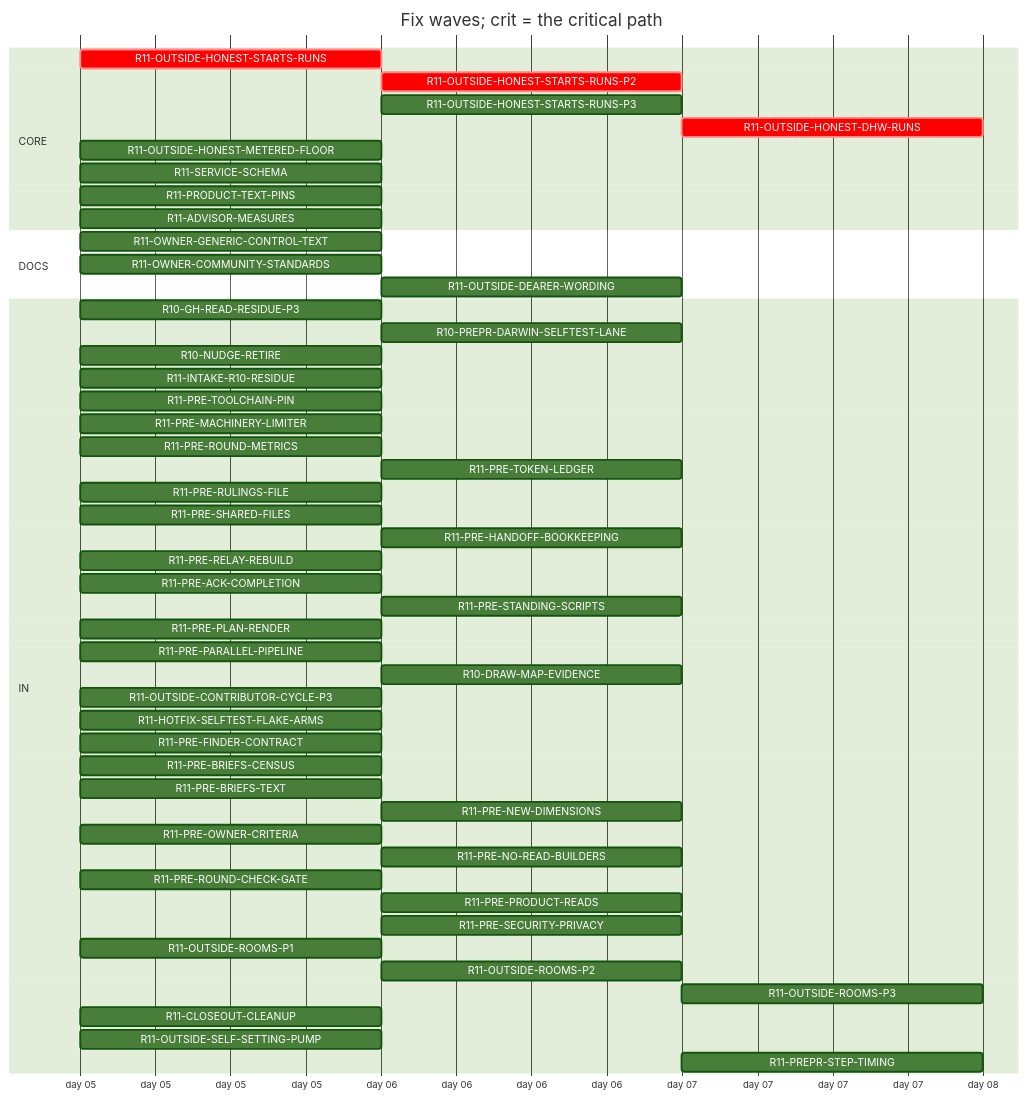
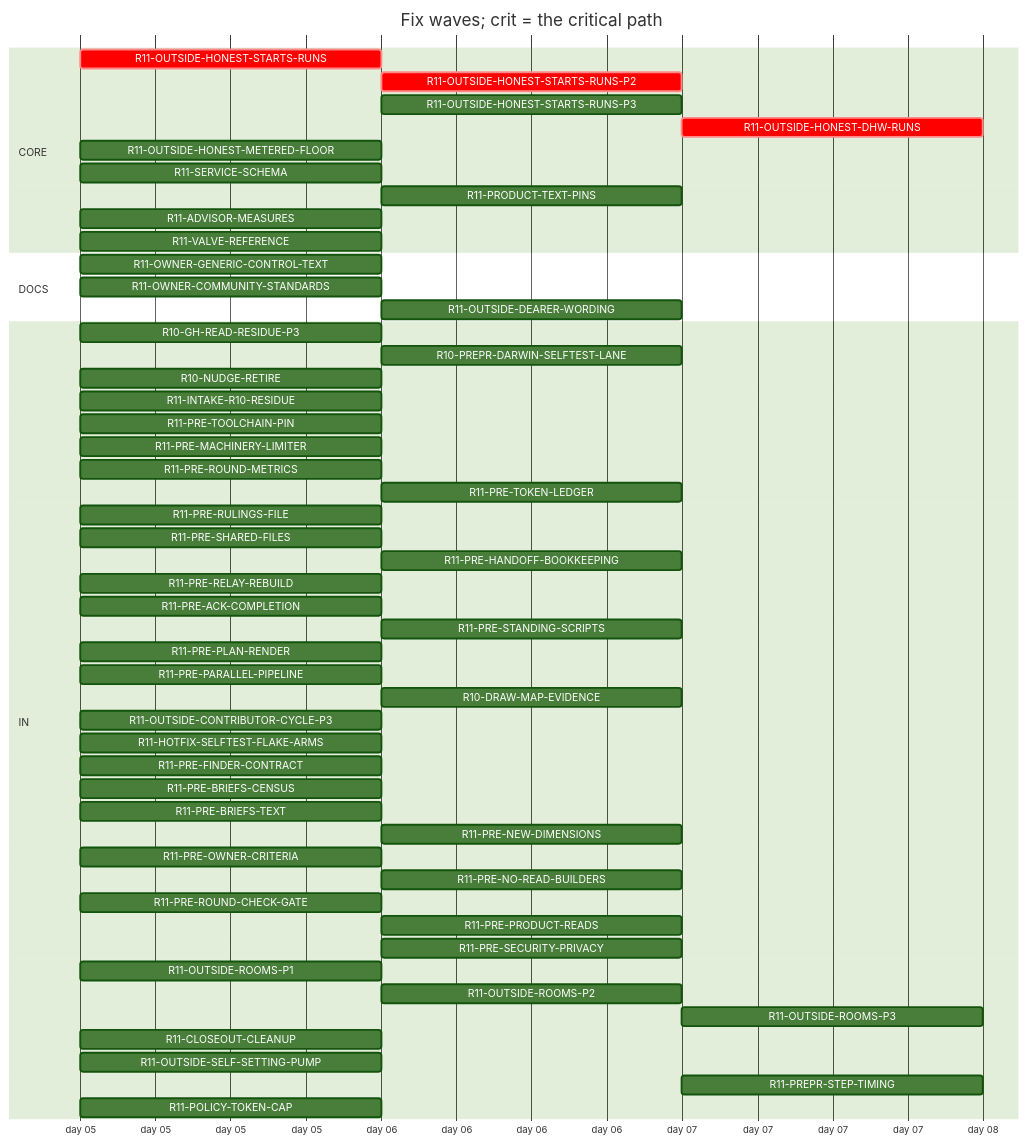
The diagram in handoff/round11/state/PLAN-TABLE.md (tvofi/heatpump_optimizer), drawn with Mermaid (forest theme) before and after one commit. The commit also changed other lines of this file and 3 other files, not shown here.

Commit message:
state: FLOW-BOARD.md, NEXT-SESSION-PROMPT.md, PLAN-TABLE.md, RESUME-CURRENT.md regenerated (state_docs.py)

````diff
--- a/handoff/round11/state/PLAN-TABLE.md
+++ b/handoff/round11/state/PLAN-TABLE.md
@@ -16,54 +16,56 @@
 ```mermaid
 gantt
   title Fix waves; crit = the critical path
   dateFormat YYYY-MM-DD
   axisFormat day %d
   section CORE
     R11-OUTSIDE-HONEST-STARTS-RUNS :crit, r11OUTSIDEHONESTSTARTSRUNS, 2026-01-05, 1d
     R11-OUTSIDE-HONEST-STARTS-RUNS-P2 :crit, r11OUTSIDEHONESTSTARTSRUNSP2, after r11OUTSIDEHONESTSTARTSRUNS, 1d
     R11-OUTSIDE-HONEST-STARTS-RUNS-P3 :r11OUTSIDEHONESTSTARTSRUNSP3, after r11OUTSIDEHONESTSTARTSRUNS, 1d
     R11-OUTSIDE-HONEST-DHW-RUNS :crit, r11OUTSIDEHONESTDHWRUNS, after r11OUTSIDEHONESTSTARTSRUNS r11OUTSIDEHONESTSTARTSRUNSP2, 1d
     R11-OUTSIDE-HONEST-METERED-FLOOR :r11OUTSIDEHONESTMETEREDFLOOR, 2026-01-05, 1d
     R11-SERVICE-SCHEMA :r11SERVICESCHEMA, 2026-01-05, 1d
-    R11-PRODUCT-TEXT-PINS :r11PRODUCTTEXTPINS, 2026-01-05, 1d
+    R11-PRODUCT-TEXT-PINS :r11PRODUCTTEXTPINS, after r11OUTSIDEROOMSP1, 1d
     R11-ADVISOR-MEASURES :r11ADVISORMEASURES, 2026-01-05, 1d
+    R11-VALVE-REFERENCE :r11VALVEREFERENCE, 2026-01-05, 1d
   section DOCS
     R11-OWNER-GENERIC-CONTROL-TEXT :r11OWNERGENERICCONTROLTEXT, 2026-01-05, 1d
     R11-OWNER-COMMUNITY-STANDARDS :r11OWNERCOMMUNITYSTANDARDS, 2026-01-05, 1d
     R11-OUTSIDE-DEARER-WORDING :r11OUTSIDEDEARERWORDING, after r11OWNERGENERICCONTROLTEXT, 1d
   section IN
     R10-GH-READ-RESIDUE-P3 :r10GHREADRESIDUEP3, 2026-01-05, 1d
     R10-PREPR-DARWIN-SELFTEST-LANE :r10PREPRDARWINSELFTESTLANE, after r10GHREADRESIDUEP3, 1d
     R10-NUDGE-RETIRE :r10NUDGERETIRE, 2026-01-05, 1d
     R11-INTAKE-R10-RESIDUE :r11INTAKER10RESIDUE, 2026-01-05, 1d
     R11-PRE-TOOLCHAIN-PIN :r11PRETOOLCHAINPIN, 2026-01-05, 1d
     R11-PRE-MACHINERY-LIMITER :r11PREMACHINERYLIMITER, 2026-01-05, 1d
     R11-PRE-ROUND-METRICS :r11PREROUNDMETRICS, 2026-01-05, 1d
     R11-PRE-TOKEN-LEDGER :r11PRETOKENLEDGER, after r10GHREADRESIDUEP3, 1d
     R11-PRE-RULINGS-FILE :r11PRERULINGSFILE, 2026-01-05, 1d
     R11-PRE-SHARED-FILES :r11PRESHAREDFILES, 2026-01-05, 1d
     R11-PRE-HANDOFF-BOOKKEEPING :r11PREHANDOFFBOOKKEEPING, after r11PRERELAYREBUILD, 1d
     R11-PRE-RELAY-REBUILD :r11PRERELAYREBUILD, 2026-01-05, 1d
     R11-PRE-ACK-COMPLETION :r11PREACKCOMPLETION, 2026-01-05, 1d
     R11-PRE-STANDING-SCRIPTS :r11PRESTANDINGSCRIPTS, after r11PREPARALLELPIPELINE, 1d
     R11-PRE-PLAN-RENDER :r11PREPLANRENDER, 2026-01-05, 1d
     R11-PRE-PARALLEL-PIPELINE :r11PREPARALLELPIPELINE, 2026-01-05, 1d
     R10-DRAW-MAP-EVIDENCE :r10DRAWMAPEVIDENCE, after r11OUTSIDESELFSETTINGPUMP, 1d
     R11-OUTSIDE-CONTRIBUTOR-CYCLE-P3 :r11OUTSIDECONTRIBUTORCYCLEP3, 2026-01-05, 1d
     R11-HOTFIX-SELFTEST-FLAKE-ARMS :r11HOTFIXSELFTESTFLAKEARMS, 2026-01-05, 1d
     R11-PRE-FINDER-CONTRACT :r11PREFINDERCONTRACT, 2026-01-05, 1d
     R11-PRE-BRIEFS-CENSUS :r11PREBRIEFSCENSUS, 2026-01-05, 1d
     R11-PRE-BRIEFS-TEXT :r11PREBRIEFSTEXT, 2026-01-05, 1d
     R11-PRE-NEW-DIMENSIONS :r11PRENEWDIMENSIONS, after r11PREFINDERCONTRACT r11PREBRIEFSCENSUS, 1d
     R11-PRE-OWNER-CRITERIA :r11PREOWNERCRITERIA, 2026-01-05, 1d
     R11-PRE-NO-READ-BUILDERS :r11PRENOREADBUILDERS, after r11PREMACHINERYLIMITER, 1d
     R11-PRE-ROUND-CHECK-GATE :r11PREROUNDCHECKGATE, 2026-01-05, 1d
     R11-PRE-PRODUCT-READS :r11PREPRODUCTREADS, after r11PREBRIEFSCENSUS, 1d
     R11-PRE-SECURITY-PRIVACY :r11PRESECURITYPRIVACY, after r11PREFINDERCONTRACT r11PREBRIEFSCENSUS, 1d
     R11-OUTSIDE-ROOMS-P1 :r11OUTSIDEROOMSP1, 2026-01-05, 1d
     R11-OUTSIDE-ROOMS-P2 :r11OUTSIDEROOMSP2, after r11OUTSIDEROOMSP1, 1d
     R11-OUTSIDE-ROOMS-P3 :r11OUTSIDEROOMSP3, after r11OUTSIDEROOMSP2, 1d
     R11-CLOSEOUT-CLEANUP :r11CLOSEOUTCLEANUP, 2026-01-05, 1d
     R11-OUTSIDE-SELF-SETTING-PUMP :r11OUTSIDESELFSETTINGPUMP, 2026-01-05, 1d
     R11-PREPR-STEP-TIMING :r11PREPRSTEPTIMING, after r10PREPRDARWINSELFTESTLANE, 1d
+    R11-POLICY-TOKEN-CAP :r11POLICYTOKENCAP, 2026-01-05, 1d
 ```
````
